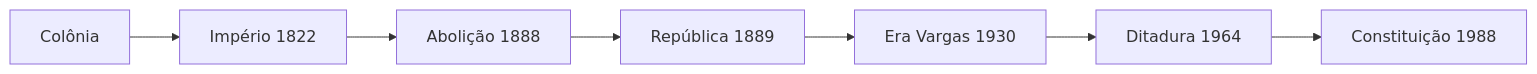
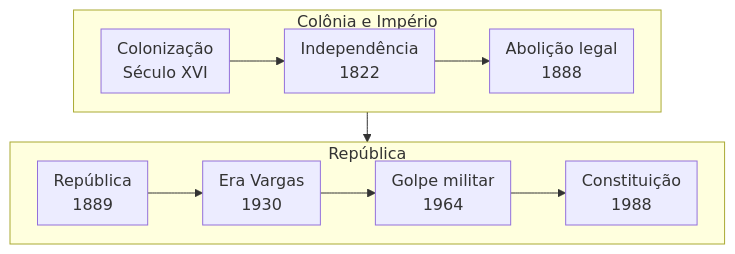
One commit to pedrotescaro/Stacklyst changed the diagram in content/enade/formacao-geral/historia-arte-e-literatura.md. Above: the diagram before and after it, drawn with Mermaid. The commit also changed other lines of this file and 84 other files, not shown here.

Commit message:
feat(enade): redraw study library diagrams

````diff
--- a/content/enade/formacao-geral/historia-arte-e-literatura.md
+++ b/content/enade/formacao-geral/historia-arte-e-literatura.md
@@ -76,4 +78,22 @@
-```mermaid Linha do tempo resumida
-flowchart LR
-  C[Colônia] --> I[Império 1822] --> A[Abolição 1888] --> R[República 1889] --> V[Era Vargas 1930] --> D[Ditadura 1964] --> CF[Constituição 1988]
+```mermaid Marcos da história política brasileira
+---
+config:
+  flowchart:
+    nodeSpacing: 18
+    rankSpacing: 30
+    padding: 8
+---
+flowchart TB
+  subgraph IMP["Colônia e Império"]
+    direction LR
+    C["Colonização<br/>Século XVI"] --> I["Independência<br/>1822"]
+    I --> A["Abolição legal<br/>1888"]
+  end
+  subgraph REP["República"]
+    direction LR
+    R["República<br/>1889"] --> V["Era Vargas<br/>1930"]
+    V --> D["Golpe militar<br/>1964"]
+    D --> F["Constituição<br/>1988"]
+  end
+  IMP --> REP
 ```
````
